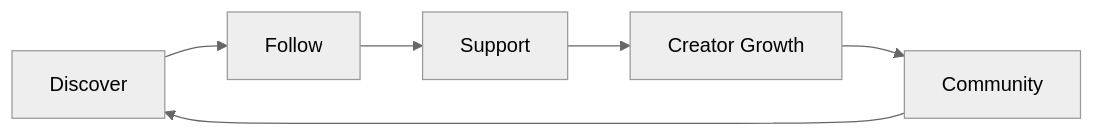
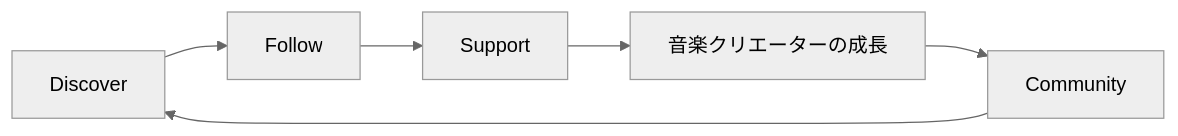
One commit to ShigeichiroYamasaki/creator-first-platform changed diagram 16 of 29 in docs/whitepaper/05-creator-onboarding.md. Above: the diagram before and after it, drawn with Mermaid (neutral theme). The commit also changed other lines of this file and 67 other files, not shown here.

````diff
--- a/docs/whitepaper/05-creator-onboarding.md
+++ b/docs/whitepaper/05-creator-onboarding.md
@@ -525,14 +525,14 @@
 ```mermaid
 flowchart LR
     DISCOVER[Discover]
     FOLLOW[Follow]
     SUPPORT[Support]
-    GROW[Creator Growth]
+    GROW[音楽クリエーターの成長]
     COMMUNITY[Community]
 
     DISCOVER --> FOLLOW
     FOLLOW --> SUPPORT
     SUPPORT --> GROW
     GROW --> COMMUNITY
     COMMUNITY --> DISCOVER
 ```
````
